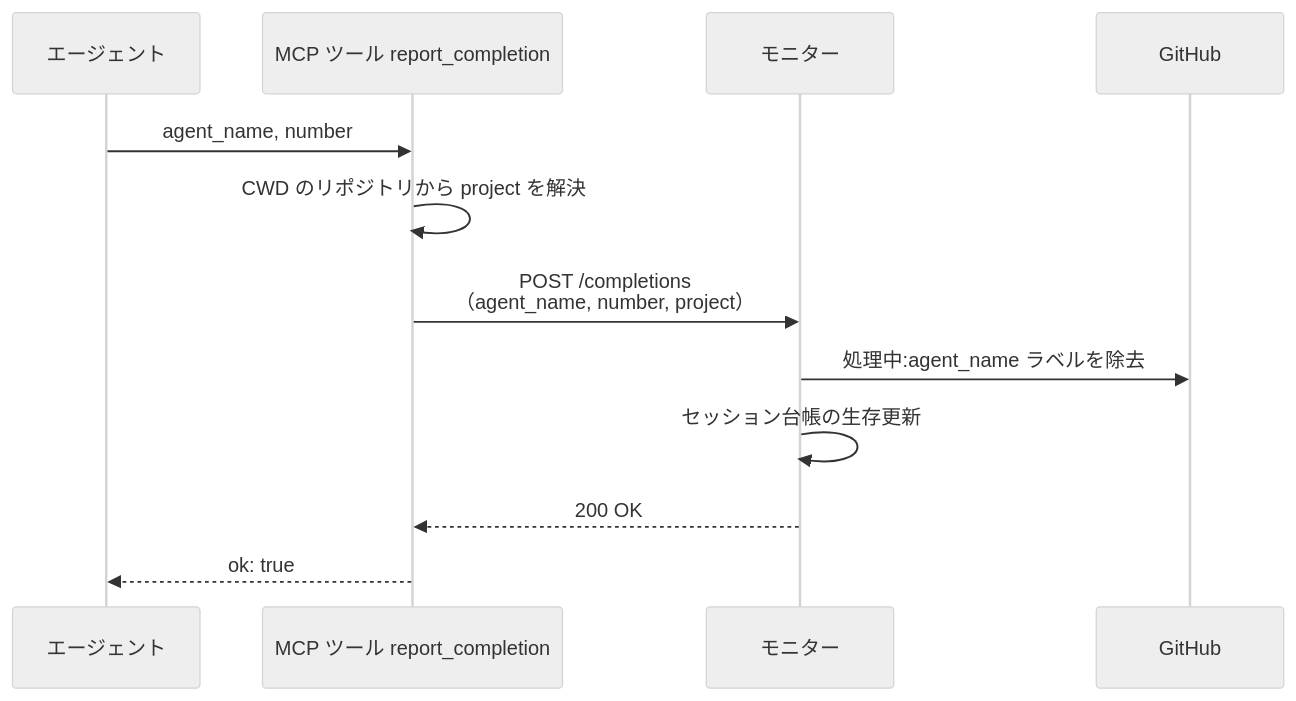
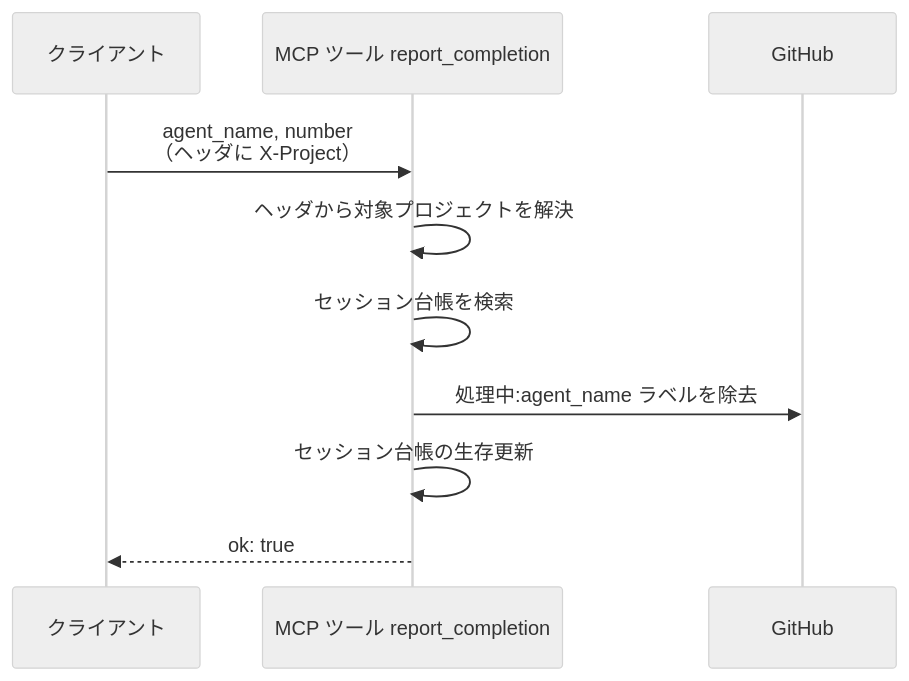
Before and after one commit to shuhei1101/ai-monitor: the first of 3 diagrams in docs/wiki/設計図/バックエンド結合/作業完了報告.py.md, drawn with Mermaid (neutral theme). The commit also changed other lines of this file and 67 other files, not shown here.

````diff
--- a/docs/wiki/設計図/バックエンド結合/作業完了報告.py.md
+++ b/docs/wiki/設計図/バックエンド結合/作業完了報告.py.md
@@ -87,15 +80,13 @@
 ```mermaid
 sequenceDiagram
-  participant A as エージェント
-  participant T as MCP ツール report_completion
-  participant MON as モニター
+  participant C as クライアント
+  participant IF as MCP ツール report_completion
   participant GH as GitHub
 
-  A->>T: agent_name, number
-  T->>T: CWD のリポジトリから project を解決
-  T->>MON: POST /completions<br>（agent_name, number, project）
-  MON->>GH: 処理中:agent_name ラベルを除去
-  MON->>MON: セッション台帳の生存更新
-  MON-->>T: 200 OK
-  T-->>A: ok: true
+  C->>IF: agent_name, number<br>（ヘッダに X-Project）
+  IF->>IF: ヘッダから対象プロジェクトを解決
+  IF->>IF: セッション台帳を検索
+  IF->>GH: 処理中:agent_name ラベルを除去
+  IF->>IF: セッション台帳の生存更新
+  IF-->>C: ok: true
 ```
````
